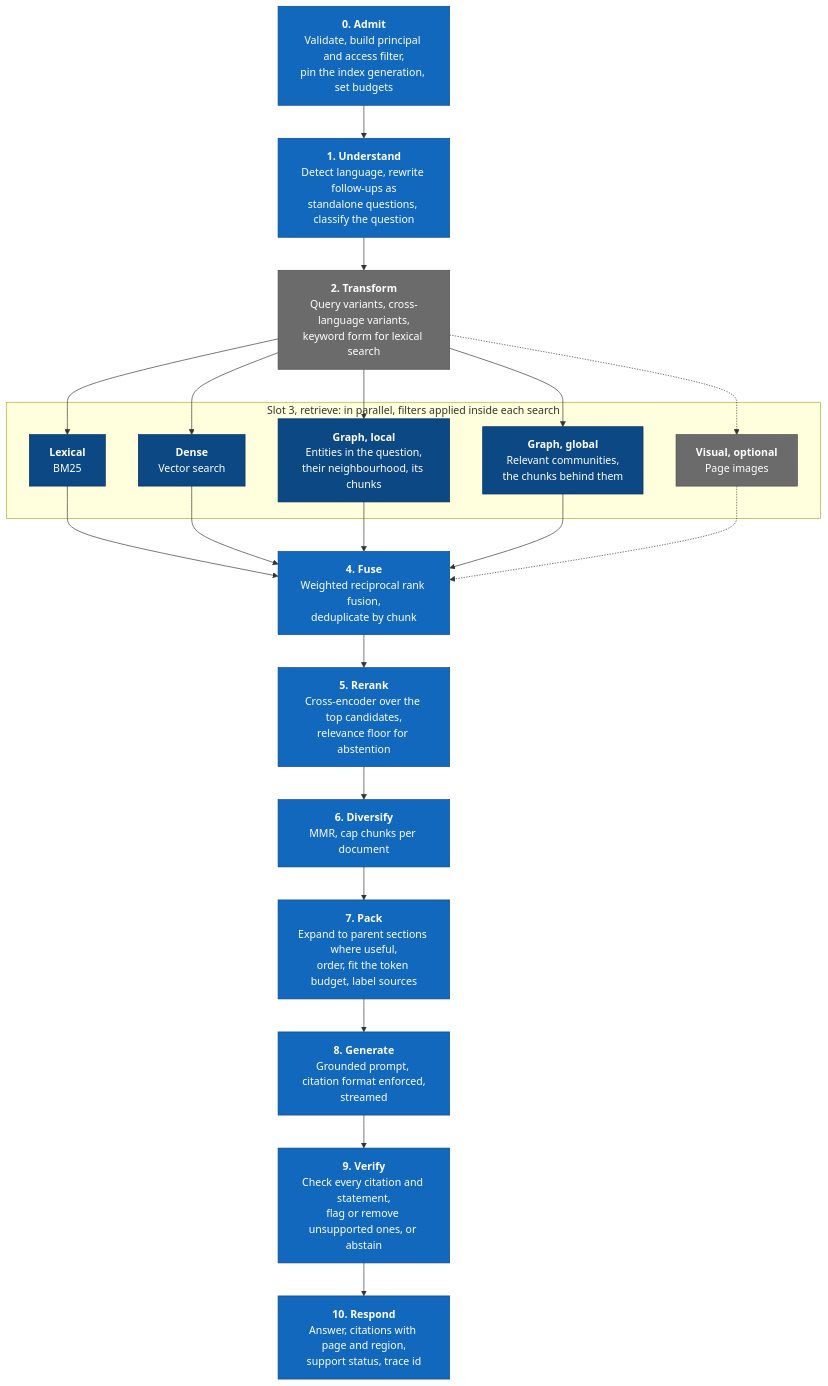
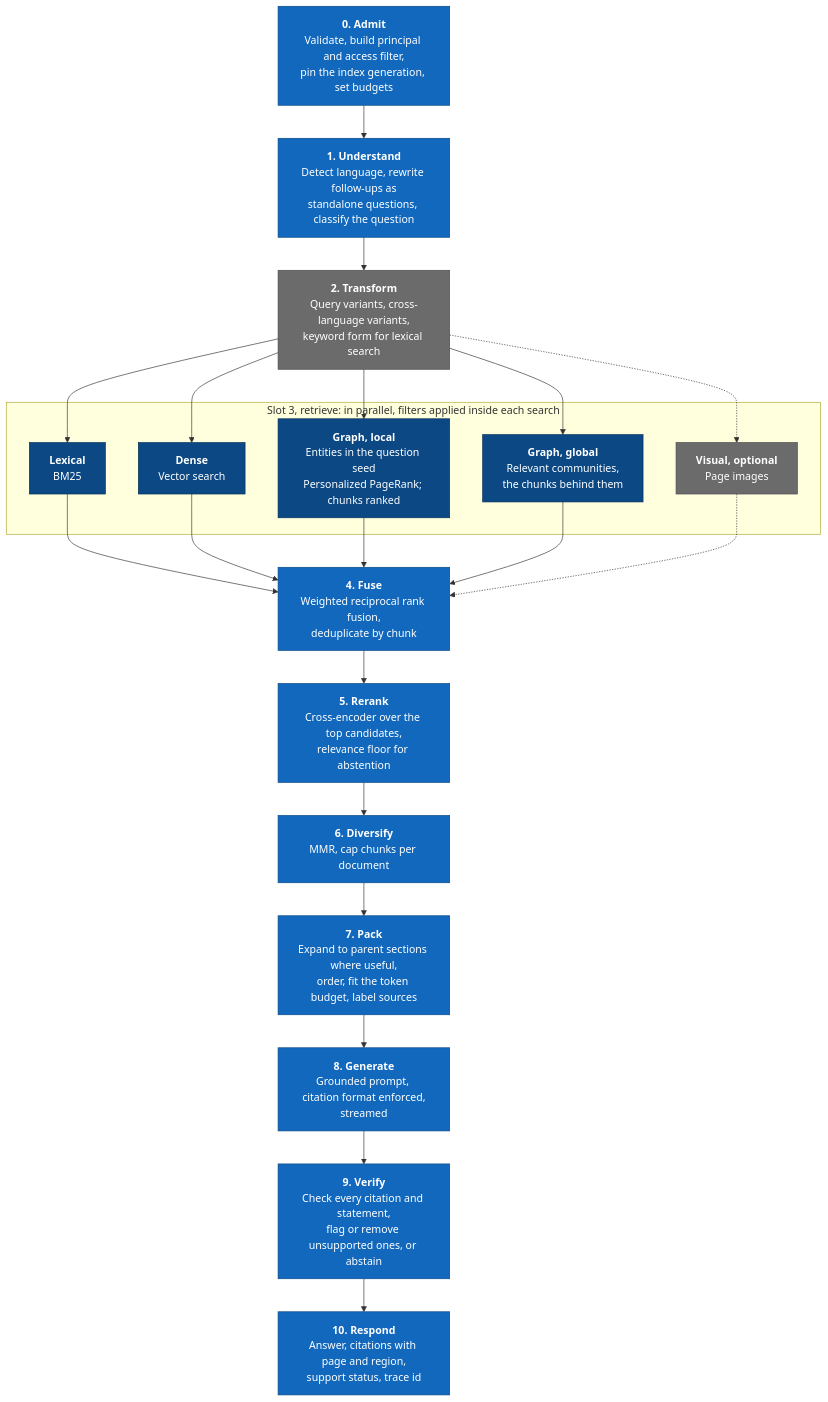
The first of 2 diagrams in docs/architecture/08-query.md (Carthavate/open-rag-engine), drawn with Mermaid before and after one commit. The commit also changed other lines of this file and 29 other files, not shown here.

First line of the commit message:
docs: research, requirements and first architecture decision records

````diff
--- a/docs/architecture/08-query.md
+++ b/docs/architecture/08-query.md
@@ -9,39 +9,39 @@
 ```mermaid
 flowchart TB
     admit["<b>0. Admit</b><br/>Validate, build principal and access filter,<br/>pin the index generation, set budgets"]:::stage
     understand["<b>1. Understand</b><br/>Detect language, rewrite follow-ups as<br/>standalone questions, classify the question"]:::stage
     transform["<b>2. Transform</b><br/>Query variants, cross-language variants,<br/>keyword form for lexical search"]:::optional
 
     subgraph retrieve ["Slot 3, retrieve: in parallel, filters applied inside each search"]
         lexical["<b>Lexical</b><br/>BM25"]:::retr
         dense["<b>Dense</b><br/>Vector search"]:::retr
-        glocal["<b>Graph, local</b><br/>Entities in the question,<br/>their neighbourhood, its chunks"]:::retr
+        glocal["<b>Graph, local</b><br/>Entities in the question seed<br/>Personalized PageRank; chunks ranked"]:::retr
         gglobal["<b>Graph, global</b><br/>Relevant communities,<br/>the chunks behind them"]:::retr
         visual["<b>Visual, optional</b><br/>Page images"]:::optional
     end
 
     fuse["<b>4. Fuse</b><br/>Weighted reciprocal rank fusion,<br/>deduplicate by chunk"]:::stage
     rerank["<b>5. Rerank</b><br/>Cross-encoder over the top candidates,<br/>relevance floor for abstention"]:::stage
     diversify["<b>6. Diversify</b><br/>MMR, cap chunks per document"]:::stage
     pack["<b>7. Pack</b><br/>Expand to parent sections where useful,<br/>order, fit the token budget, label sources"]:::stage
     generate["<b>8. Generate</b><br/>Grounded prompt, citation format enforced,<br/>streamed"]:::stage
     verify["<b>9. Verify</b><br/>Check every citation and statement,<br/>flag or remove unsupported ones, or abstain"]:::stage
     respond["<b>10. Respond</b><br/>Answer, citations with page and region,<br/>support status, trace id"]:::stage
 
     admit --> understand --> transform
     transform --> lexical
     transform --> dense
     transform --> glocal
     transform --> gglobal
     transform -.-> visual
     lexical --> fuse
     dense --> fuse
     glocal --> fuse
     gglobal --> fuse
     visual -.-> fuse
     fuse --> rerank --> diversify --> pack --> generate --> verify --> respond
 
     classDef stage fill:#1168bd,stroke:#0b4884,color:#ffffff
     classDef retr fill:#0b4884,stroke:#052e56,color:#ffffff
     classDef optional fill:#6b6b6b,stroke:#4a4a4a,color:#ffffff
 ```
````
